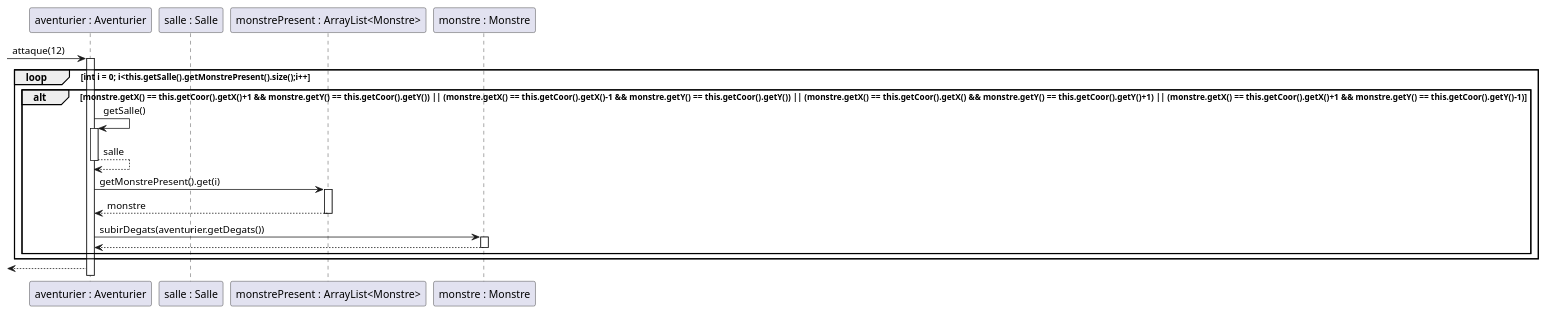
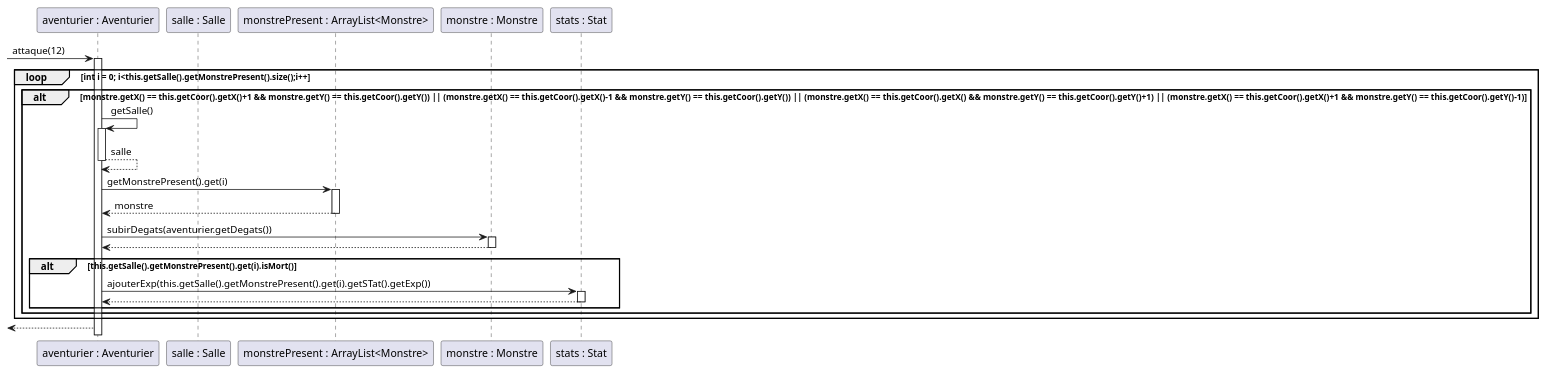
Before and after one commit to GeoffroyMuller/2018_COO_Zeldiablo: the diagram in projet_zeldiablo/sequence_aventurier_attaque.puml, drawn with PlantUML.

Commit message:
Modif sequence

```diff
--- a/projet_zeldiablo/sequence_aventurier_attaque.puml
+++ b/projet_zeldiablo/sequence_aventurier_attaque.puml
@@ -1,27 +1,35 @@
 @startuml
 Participant "aventurier : Aventurier" as a
 Participant "salle : Salle" as s
 Participant "monstrePresent : ArrayList<Monstre>" as listM
 Participant "monstre : Monstre" as m
+Participant "stats : Stat" as sta
 
 ->a : attaque(12)
 loop int i = 0; i<this.getSalle().getMonstrePresent().size();i++
 alt monstre.getX() == this.getCoor().getX()+1 && monstre.getY() == this.getCoor().getY()) || (monstre.getX() == this.getCoor().getX()-1 && monstre.getY() == this.getCoor().getY()) || (monstre.getX() == this.getCoor().getX() && monstre.getY() == this.getCoor().getY()+1) || (monstre.getX() == this.getCoor().getX()+1 && monstre.getY() == this.getCoor().getY()-1)
 activate a
 a->a : getSalle()
 activate a
 a-->a : salle
 deactivate a
 a->listM : getMonstrePresent().get(i)
 activate listM
 listM-->a: monstre
 deactivate listM
 a->m : subirDegats(aventurier.getDegats())
 activate m
 m-->a
 deactivate m
 
+alt this.getSalle().getMonstrePresent().get(i).isMort()
+a->sta : ajouterExp(this.getSalle().getMonstrePresent().get(i).getSTat().getExp())
+activate sta
+sta-->a 
+deactivate sta
+end
+
 end
 end
 <--a
 @enduml
```
